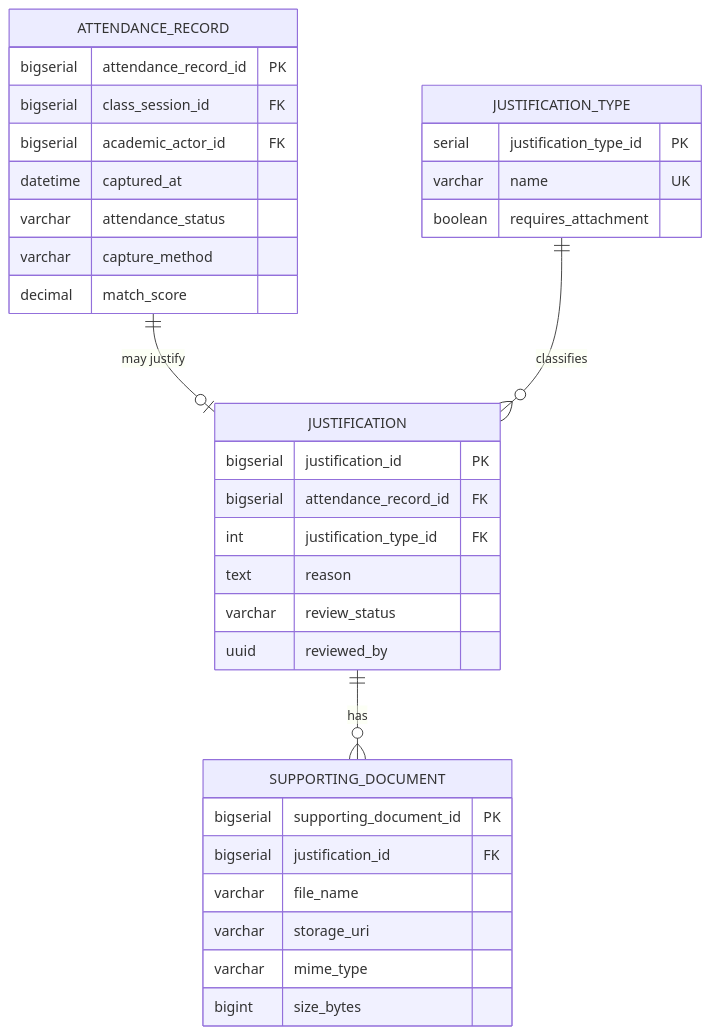
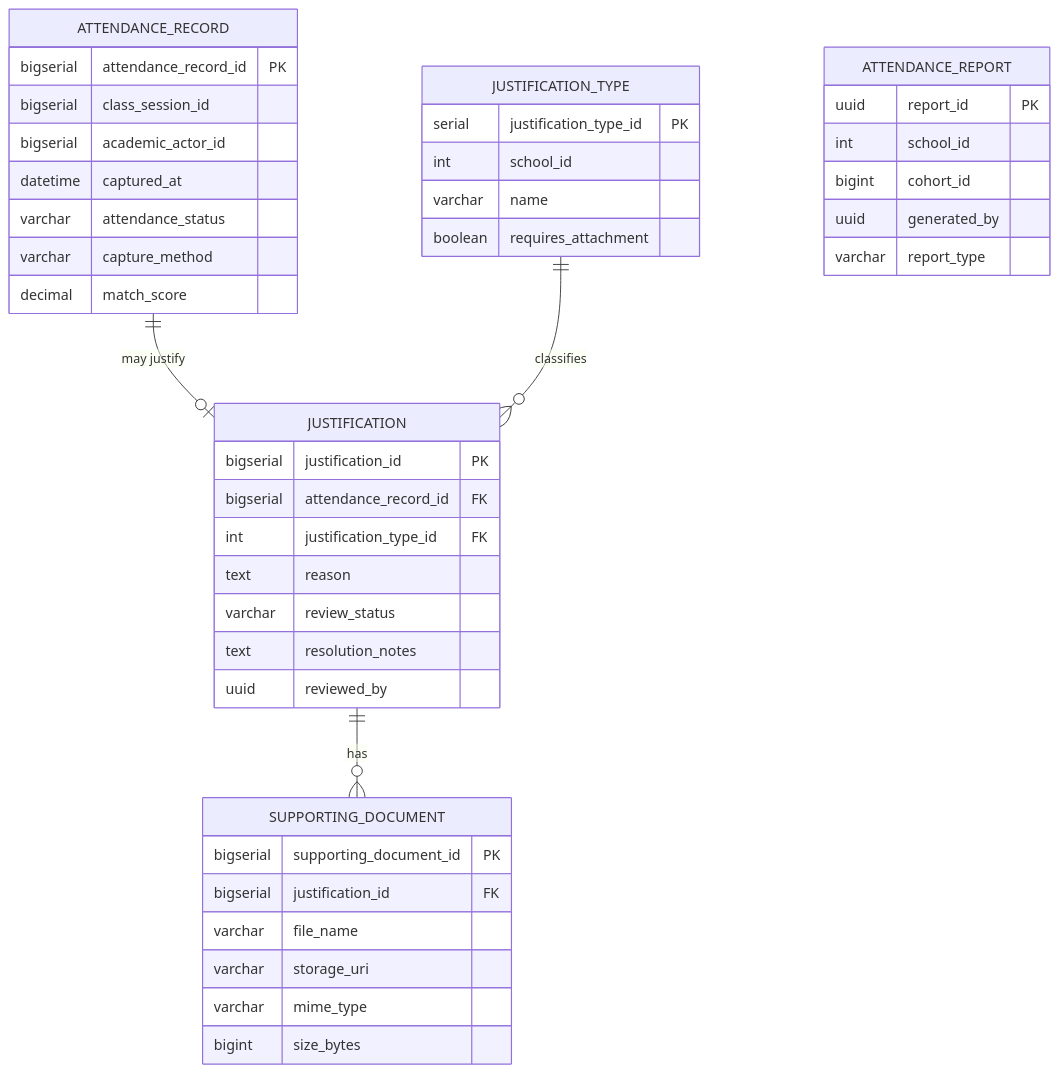
Before and after one commit to code-sena/fae-docs: the diagram in 06-data/domains/05-attendance.md, drawn with Mermaid. The commit also changed other lines of this file and 43 other files, not shown here.

First line of the commit message:
docs(00-06): align context domain requirements architecture

````diff
--- a/06-data/domains/05-attendance.md
+++ b/06-data/domains/05-attendance.md
@@ -230,37 +288,46 @@
 ```mermaid
 erDiagram
     ATTENDANCE_RECORD {
         bigserial attendance_record_id PK
-        bigserial class_session_id FK
-        bigserial academic_actor_id FK
+        bigserial class_session_id
+        bigserial academic_actor_id
         datetime captured_at
         varchar attendance_status
         varchar capture_method
         decimal match_score
     }
     JUSTIFICATION_TYPE {
         serial justification_type_id PK
-        varchar name UK
+        int school_id
+        varchar name
         boolean requires_attachment
     }
     JUSTIFICATION {
         bigserial justification_id PK
         bigserial attendance_record_id FK
         int justification_type_id FK
         text reason
         varchar review_status
+        text resolution_notes
         uuid reviewed_by
     }
     SUPPORTING_DOCUMENT {
         bigserial supporting_document_id PK
         bigserial justification_id FK
         varchar file_name
         varchar storage_uri
         varchar mime_type
         bigint size_bytes
     }
+    ATTENDANCE_REPORT {
+        uuid report_id PK
+        int school_id
+        bigint cohort_id
+        uuid generated_by
+        varchar report_type
+    }
 
     ATTENDANCE_RECORD ||--o| JUSTIFICATION : "may justify"
     JUSTIFICATION_TYPE ||--o{ JUSTIFICATION : "classifies"
     JUSTIFICATION ||--o{ SUPPORTING_DOCUMENT : "has"
 ```
````
